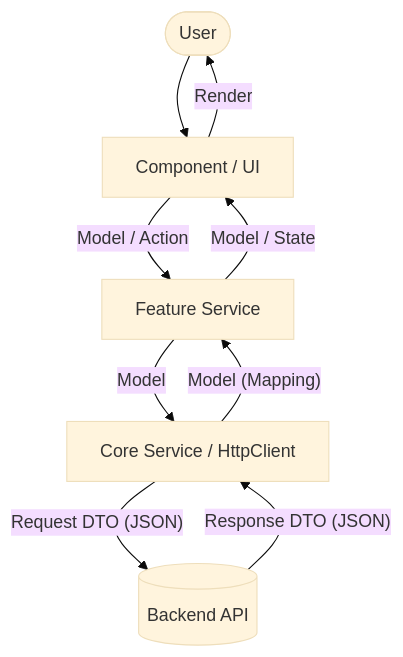
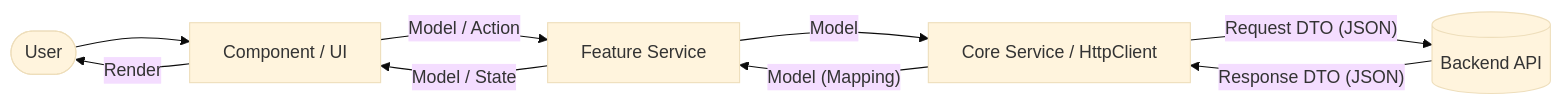
Before and after one commit to seka/reci-pin: the second of 2 diagrams in frontend/README.md, drawn with Mermaid (base theme).

Commit message:
docs: use horizontal layout for frontend data flow diagram

````diff
--- a/frontend/README.md
+++ b/frontend/README.md
@@ -51,12 +51,12 @@
 ```mermaid
-graph TD
+graph LR
     User([User]) --> UI[Component / UI]
     UI -- "Model / Action" --> S[Feature Service]
     S -- "Model" --> C[Core Service / HttpClient]
     C -- "Request DTO (JSON)" --> API[(Backend API)]
 
     API -- "Response DTO (JSON)" --> C
     C -- "Model (Mapping)" --> S
     S -- "Model / State" --> UI
     UI -- "Render" --> User([User])
 ```
````
